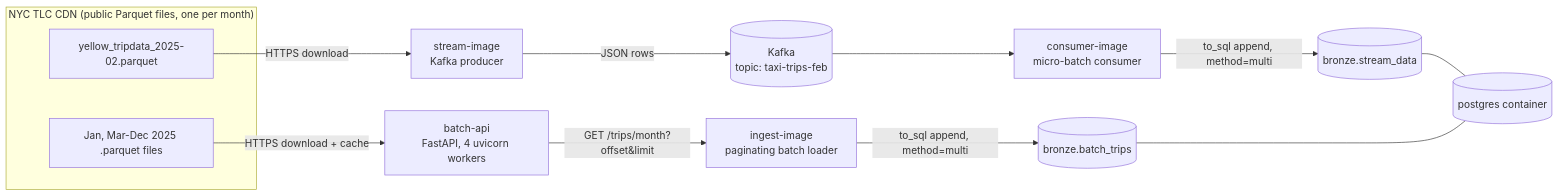
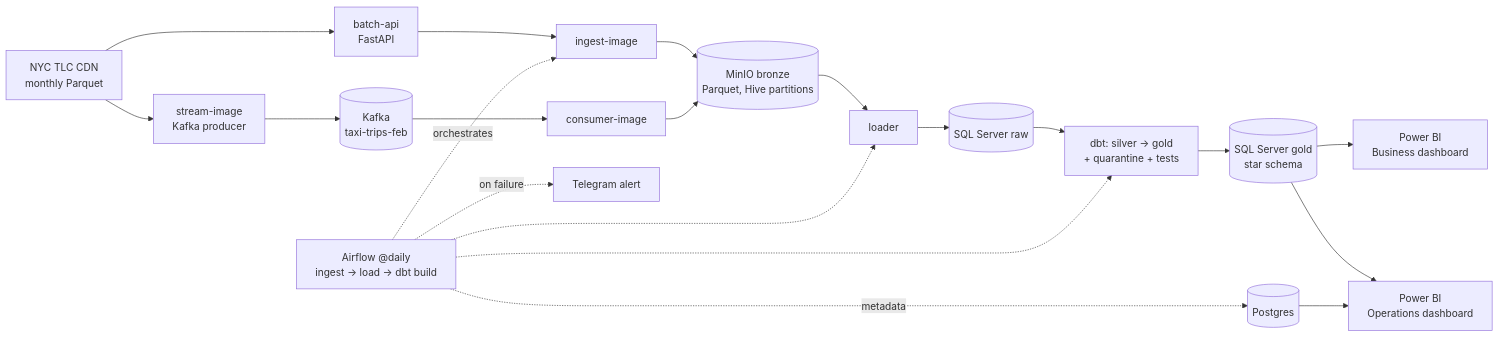
The diagram in README.md (DE-final-project/NY-taxi-DE), drawn with Mermaid before and after one commit. The commit also changed other lines of this file and 1 other file, not shown here.

Commit message:
Point 20: rewrite README (problem, architecture, run steps, design decisions, challenges)

````diff
--- a/README.md
+++ b/README.md
@@ -10,19 +17,16 @@
 ```mermaid
 flowchart LR
-    subgraph NYC_TLC["NYC TLC CDN (public Parquet files, one per month)"]
-        FebFile[yellow_tripdata_2025-02.parquet]
-        OtherFiles[Jan, Mar-Dec 2025 .parquet files]
-    end
-
-    FebFile -->|HTTPS download| SI[stream-image\nKafka producer]
-    SI -->|JSON rows| K[(Kafka\ntopic: taxi-trips-feb)]
-    K --> CI[consumer-image\nmicro-batch consumer]
-    CI -->|to_sql append, method=multi| BStream[(bronze.stream_data)]
-
-    OtherFiles -->|HTTPS download + cache| API[batch-api\nFastAPI, 4 uvicorn workers]
-    API -->|GET /trips/month?offset&limit| ING[ingest-image\npaginating batch loader]
-    ING -->|to_sql append, method=multi| BBatch[(bronze.batch_trips)]
-
-    BStream --- PG[(postgres container)]
-    BBatch --- PG
+    TLC[NYC TLC CDN<br/>monthly Parquet] --> API[batch-api<br/>FastAPI]
+    TLC --> PROD[stream-image<br/>Kafka producer]
+    API --> ING[ingest-image] --> LAKE[(MinIO bronze<br/>Parquet, Hive partitions)]
+    PROD --> K[(Kafka<br/>taxi-trips-feb)] --> CONS[consumer-image] --> LAKE
+    LAKE --> LOAD[loader] --> RAW[(SQL Server raw)]
+    RAW --> DBT[dbt: silver → gold<br/>+ quarantine + tests] --> GOLD[(SQL Server gold<br/>star schema)]
+    GOLD --> BIZ[Power BI<br/>Business dashboard]
+    GOLD --> OPS[Power BI<br/>Operations dashboard]
+    AF[Airflow @daily<br/>ingest → load → dbt build] -.orchestrates.-> ING
+    AF -.-> LOAD
+    AF -.-> DBT
+    AF -.metadata.-> PG[(Postgres)] --> OPS
+    AF -.on failure.-> TG[Telegram alert]
 ```
````
